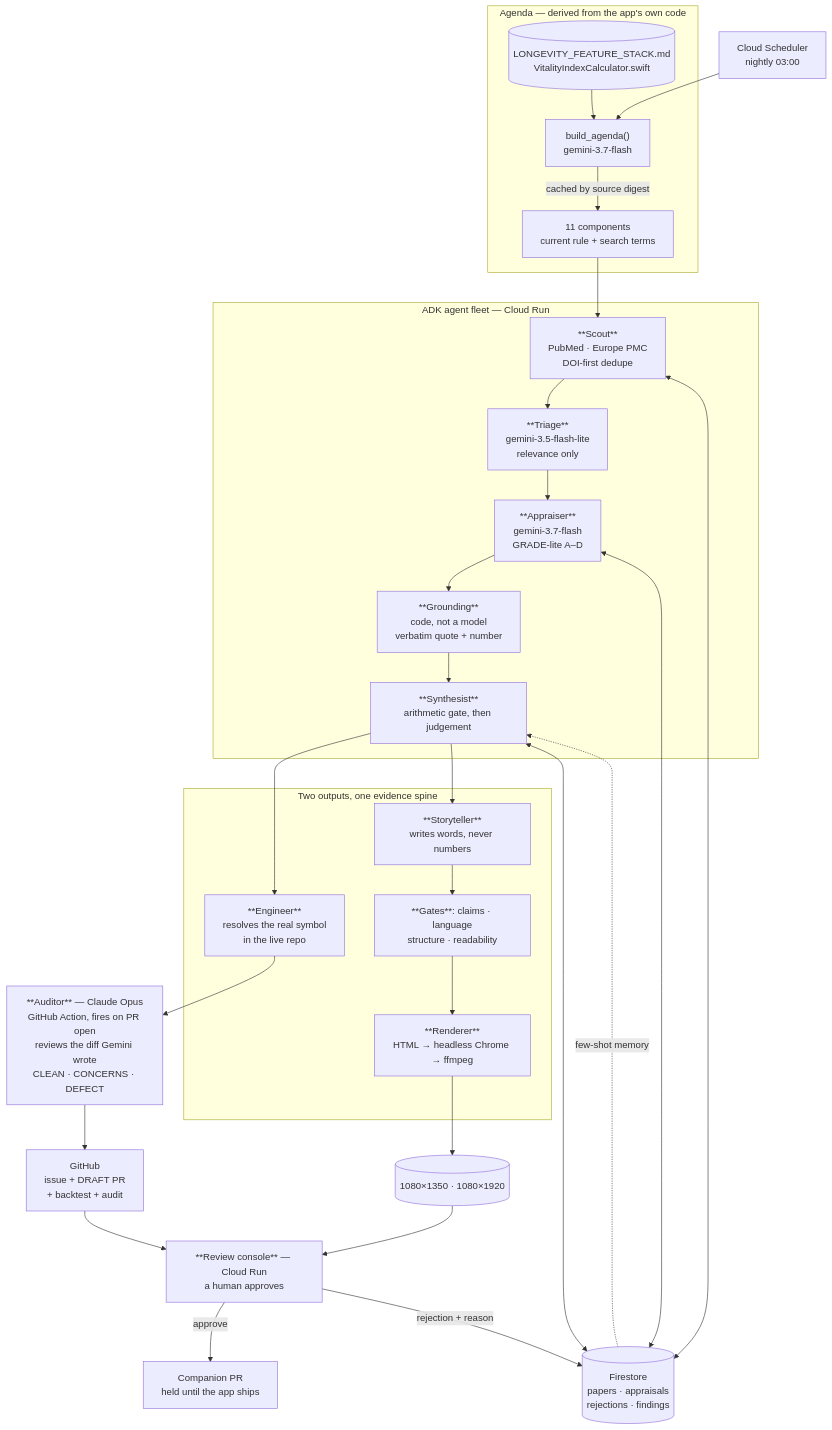
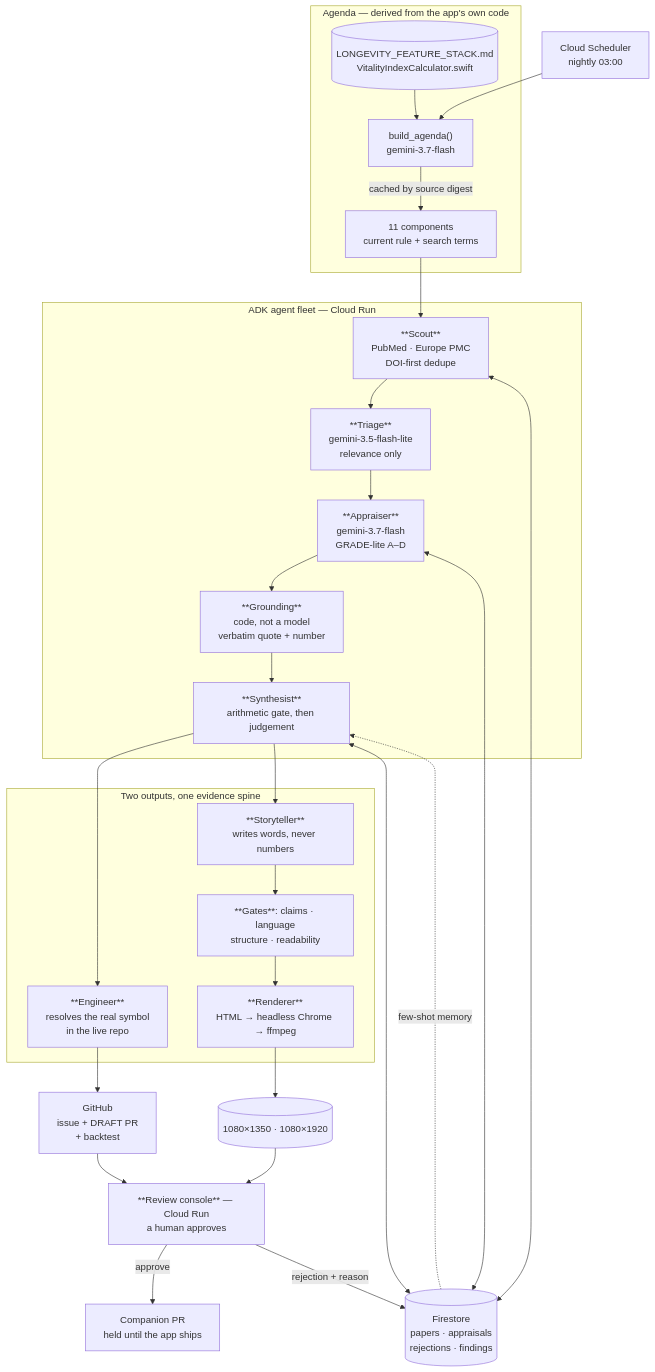
One commit to m1insights/provenance changed the diagram in docs/architecture.md. Above: the diagram before and after it, drawn with Mermaid. The commit also changed other lines of this file and 4 other files, not shown here.

````diff
--- a/docs/architecture.md
+++ b/docs/architecture.md
@@ -14,49 +14,48 @@
 ```mermaid
 flowchart TB
     SCHED["Cloud Scheduler<br/>nightly 03:00"] --> AGENDA
 
     subgraph DERIVE["Agenda — derived from the app's own code"]
         AGENDA["build_agenda()<br/>gemini-3.7-flash"]
         SRC[("LONGEVITY_FEATURE_STACK.md<br/>VitalityIndexCalculator.swift")]
         SRC --> AGENDA
         AGENDA -->|"cached by source digest"| ITEMS["11 components<br/>current rule + search terms"]
     end
 
     ITEMS --> SCOUT
 
     subgraph FLEET["ADK agent fleet — Cloud Run"]
         SCOUT["**Scout**<br/>PubMed · Europe PMC<br/>DOI-first dedupe"]
         TRIAGE["**Triage**<br/>gemini-3.5-flash-lite<br/>relevance only"]
         APPRAISE["**Appraiser**<br/>gemini-3.7-flash<br/>GRADE-lite A–D"]
         GROUND["**Grounding**<br/>code, not a model<br/>verbatim quote + number"]
         SYNTH["**Synthesist**<br/>arithmetic gate, then judgement"]
         SCOUT --> TRIAGE --> APPRAISE --> GROUND --> SYNTH
     end
 
     SYNTH --> ENG
     SYNTH --> STORY
 
     subgraph OUT["Two outputs, one evidence spine"]
         ENG["**Engineer**<br/>resolves the real symbol<br/>in the live repo"]
         STORY["**Storyteller**<br/>writes words, never numbers"]
         GATES["**Gates**: claims · language<br/>structure · readability"]
         RENDER["**Renderer**<br/>HTML → headless Chrome → ffmpeg"]
         STORY --> GATES --> RENDER
     end
 
-    ENG --> AUDIT["**Auditor** — Claude Opus<br/>GitHub Action, fires on PR open<br/>reviews the diff Gemini wrote<br/>CLEAN · CONCERNS · DEFECT"]
-    AUDIT --> GH["GitHub<br/>issue + DRAFT PR<br/>+ backtest + audit"]
+    ENG --> GH["GitHub<br/>issue + DRAFT PR<br/>+ backtest"]
     RENDER --> CREATIVES[("1080×1350 · 1080×1920")]
 
     GH --> CONSOLE
     CREATIVES --> CONSOLE
     CONSOLE["**Review console** — Cloud Run<br/>a human approves"]
     CONSOLE -->|"approve"| COMPANION["Companion PR<br/>held until the app ships"]
     CONSOLE -->|"rejection + reason"| FS
 
     FS[("Firestore<br/>papers · appraisals<br/>rejections · findings")]
     SCOUT <--> FS
     APPRAISE <--> FS
     SYNTH <--> FS
     FS -.->|"few-shot memory"| SYNTH
 ```
````
